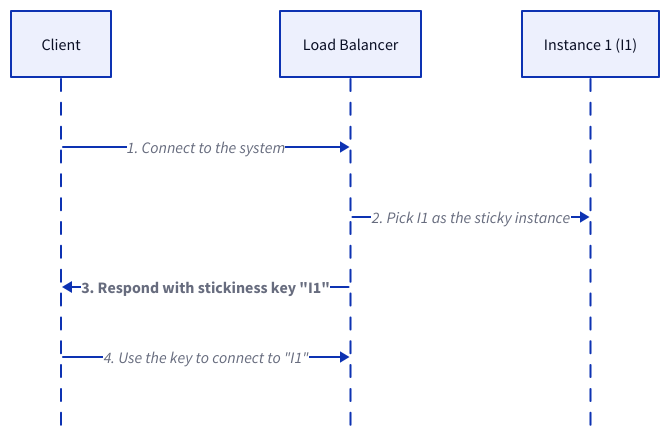
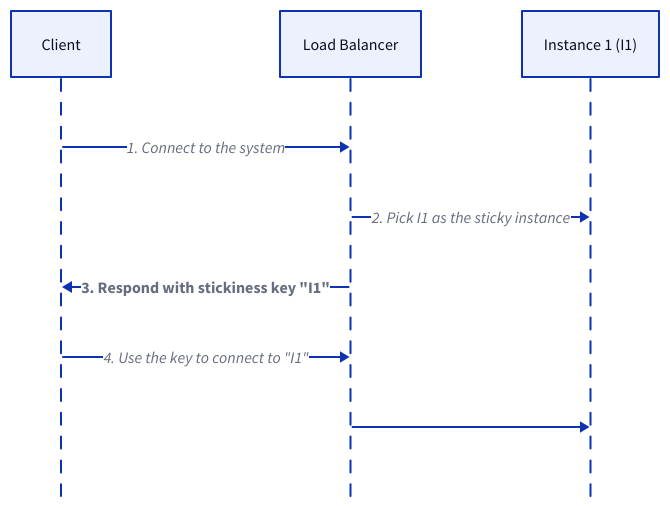
Before and after one commit to link1905/system-design-101: the ninth of 20 diagrams in content/docs/web-service/load-balancer.md, drawn with D2. The commit also changed other lines of this file and 10 other files, not shown here.

````diff
--- a/content/docs/web-service/load-balancer.md
+++ b/content/docs/web-service/load-balancer.md
@@ -278,18 +290,19 @@
 ```d2
 shape: sequence_diagram
 c: Client {
   class: client
 }
 lb: Load Balancer {
   class: lb
 }
 s0: Instance 1 (I1) {
   class: server
 }
 c -> lb: 1. Connect to the system
 lb -> s0: 2. Pick I1 as the sticky instance
 c <- lb: '3. Respond with stickiness key "I1"' {
   style.bold: true
 }
 c -> lb: '4. Use the key to connect to "I1"'
+lb -> s0
 ```
````
